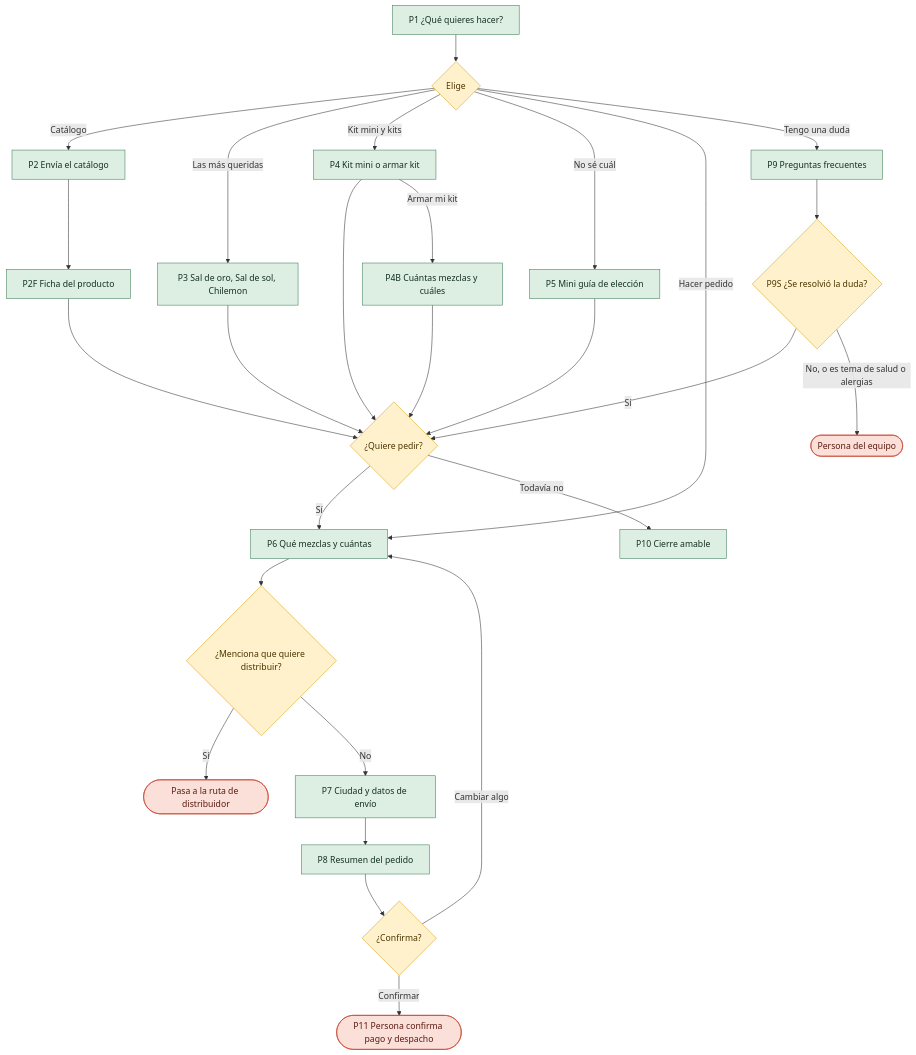
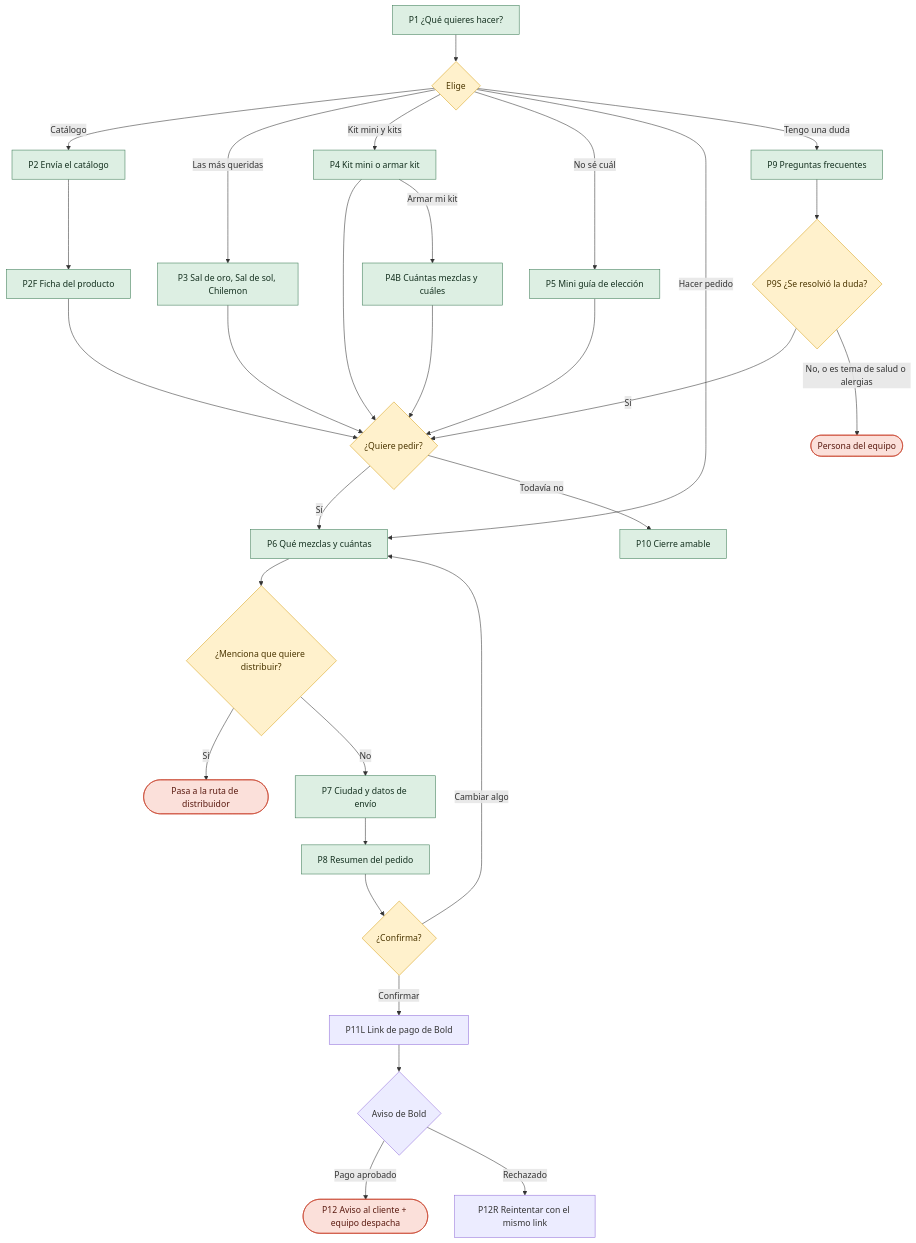
One commit to saboryarte/saboryartewhatsapp changed the second of 8 diagrams in docs/flujos/saboryarte.md. Above: the diagram before and after it, drawn with Mermaid. The commit also changed other lines of this file and 28 other files, not shown here.

````diff
--- a/docs/flujos/saboryarte.md
+++ b/docs/flujos/saboryarte.md
@@ -74,35 +74,38 @@
 ```mermaid
 flowchart TD
   P1["P1 ¿Qué quieres hacer?"] --> Q{"Elige"}
   Q -->|Catálogo| P2["P2 Envía el catálogo"]
   Q -->|Las más queridas| P3["P3 Sal de oro, Sal de sol, Chilemon"]
   Q -->|Kit mini y kits| P4["P4 Kit mini o armar kit"]
   Q -->|No sé cuál| P5["P5 Mini guía de elección"]
   Q -->|Hacer pedido| P6["P6 Qué mezclas y cuántas"]
   Q -->|Tengo una duda| P9["P9 Preguntas frecuentes"]
   P2 --> P2F["P2F Ficha del producto"]
   P2F --> V{"¿Quiere pedir?"}
   P3 --> V
   P4 --> V
   P5 --> V
   P4 -->|Armar mi kit| P4B["P4B Cuántas mezclas y cuáles"]
   P4B --> V
   V -->|Sí| P6
   V -->|Todavía no| P10["P10 Cierre amable"]
   P6 --> Z{"¿Menciona que quiere distribuir?"}
   Z -->|Sí| DI(["Pasa a la ruta de distribuidor"])
   Z -->|No| P7["P7 Ciudad y datos de envío"]
   P7 --> P8["P8 Resumen del pedido"]
   P8 --> C{"¿Confirma?"}
   C -->|Cambiar algo| P6
-  C -->|Confirmar| H1(["P11 Persona confirma pago y despacho"])
+  C -->|Confirmar| L["P11L Link de pago de Bold"]
+  L --> B{"Aviso de Bold"}
+  B -->|Pago aprobado| H1(["P12 Aviso al cliente + equipo despacha"])
+  B -->|Rechazado| L2["P12R Reintentar con el mismo link"]
   P9 --> W{"P9S ¿Se resolvió la duda?"}
   W -->|Sí| V
   W -->|No, o es tema de salud o alergias| H2(["Persona del equipo"])
   classDef bot fill:#DDEFE3,stroke:#3F7D58,color:#14301F;
   classDef dec fill:#FFF1CC,stroke:#D9A21B,color:#4A3500;
   classDef hum fill:#FBE0DA,stroke:#C8402A,color:#5A1A10;
   class P1,P2,P2F,P3,P4,P4B,P5,P6,P7,P8,P9,P10 bot;
   class Q,V,Z,C,W dec;
   class DI,H1,H2 hum;
 ```
````
